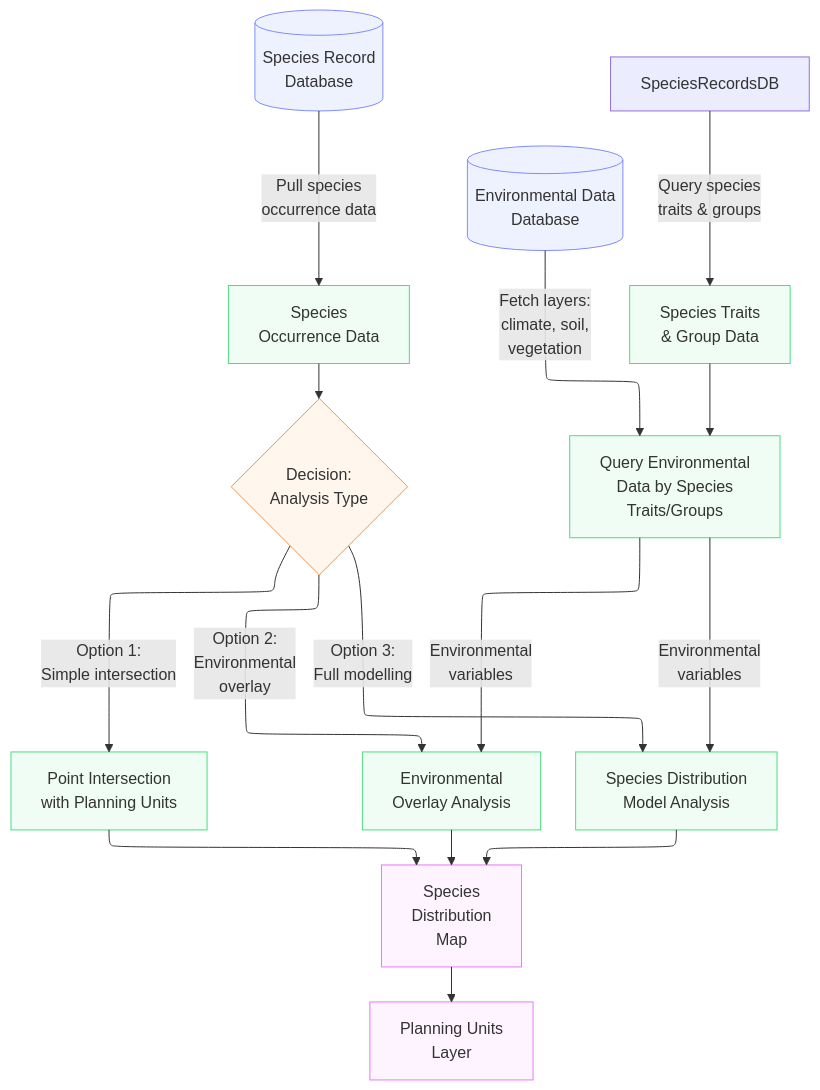
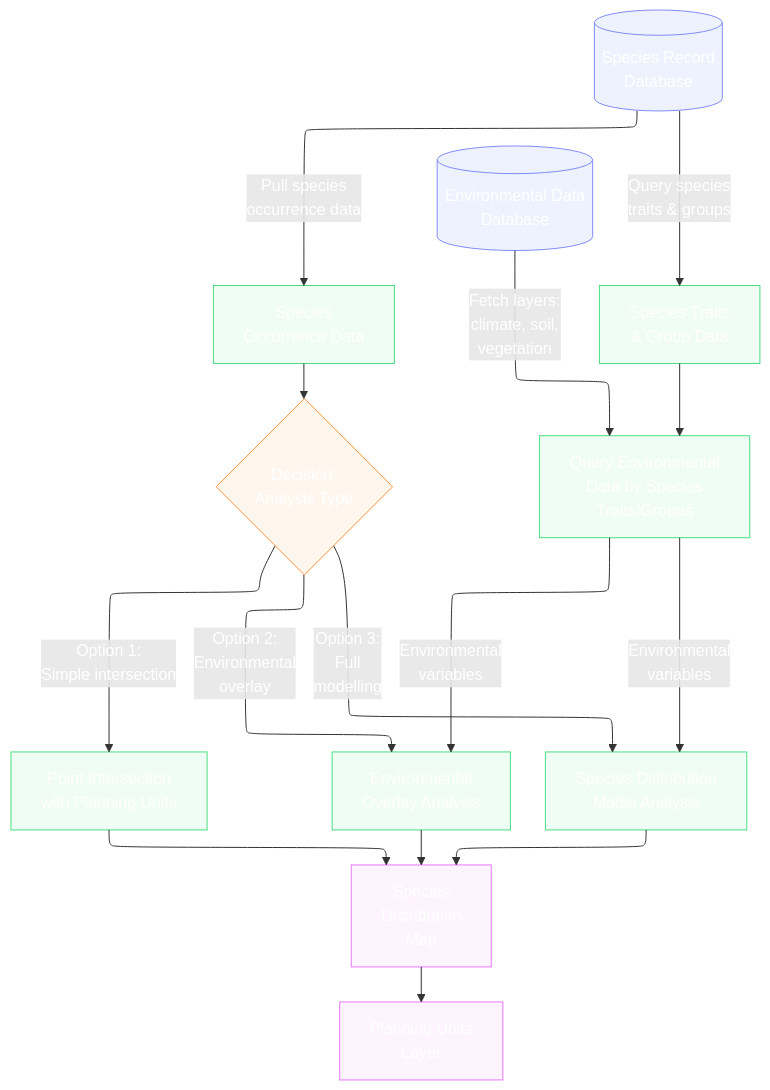
One commit to ekznw/sdm changed the diagram in readme.md. Above: the diagram before and after it, drawn with Mermaid.

Commit message:
readme mermaid dark mode

````diff
--- a/readme.md
+++ b/readme.md
@@ -3,37 +3,45 @@
 ``` mermaid
 ---
 config:
   layout: elk
+  elk:
+    padding: 25
+    nodePlacement.strategy: SIMPLE
+    spacing.nodeNode: 30
+  themeVariables:
+    primaryTextColor: "#ffffff"
+    textColor: "#ffffff"
+    labelTextColor: "#ffffff"
 ---
 flowchart TD
     SpeciesRecordDB[(Species Record<br/>Database)] -->|Pull species<br/>occurrence data| DataInput[Species<br/>Occurrence Data]
     DataInput --> DecisionPoint{Decision:<br/>Analysis Type}
     
     DecisionPoint -->|Option 1:<br/>Simple intersection| PointIntersection[Point Intersection<br/>with Planning Units]
     DecisionPoint -->|Option 2:<br/>Environmental<br/>overlay| EnvOverlay[Environmental<br/>Overlay Analysis]
-    DecisionPoint -->|Option 3:<br/>Full modelling| SDMAnalysis[Species Distribution<br/>Model Analysis]
+    DecisionPoint -->|Option 3:<br/>Full<br/>modelling| SDMAnalysis[Species Distribution<br/>Model Analysis]
     
-    SpeciesRecordsDB -->|Query species<br/>traits & groups| SpeciesTraits[Species Traits<br/>& Group Data]
+    SpeciesRecordDB -->|Query species<br/>traits & groups| SpeciesTraits[Species Traits<br/>& Group Data]
     SpeciesTraits --> EnvDataQuery[Query Environmental<br/>Data by Species<br/>Traits/Groups]
     
     EnvDataDB[(Environmental Data<br/>Database)] -->|Fetch layers:<br/>climate, soil,<br/>vegetation| EnvDataQuery
     
-    EnvDataQuery -->|Environmental<br/>variables| EnvOverlay
-    EnvDataQuery -->|Environmental<br/>variables| SDMAnalysis
+    EnvDataQuery -->|"Environmental<br/>variables"| EnvOverlay
+    EnvDataQuery -->|"Environmental<br/>variables"| SDMAnalysis
     
     PointIntersection --> Output[Species<br/>Distribution<br/>Map]
     EnvOverlay --> Output
     SDMAnalysis --> Output
     
     Output --> PlanningUnits[Planning Units<br/>Layer]
     
     classDef database fill:#eef2ff,stroke:#818cf8
     classDef process fill:#f0fdf4,stroke:#4ade80
     classDef decision fill:#fff7ed,stroke:#fb923c
     classDef output fill:#fdf4ff,stroke:#e879f9
     
     class SpeciesRecordDB,EnvDataDB database
     class DataInput,SpeciesTraits,EnvDataQuery,PointIntersection,EnvOverlay,SDMAnalysis process
     class DecisionPoint decision
     class Output,PlanningUnits output
 ```
````
